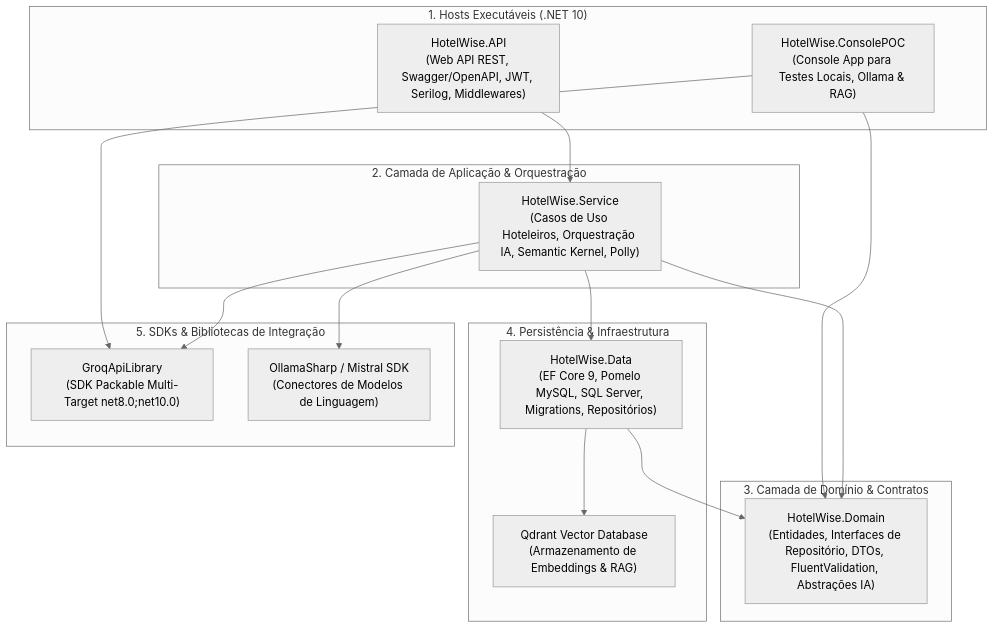
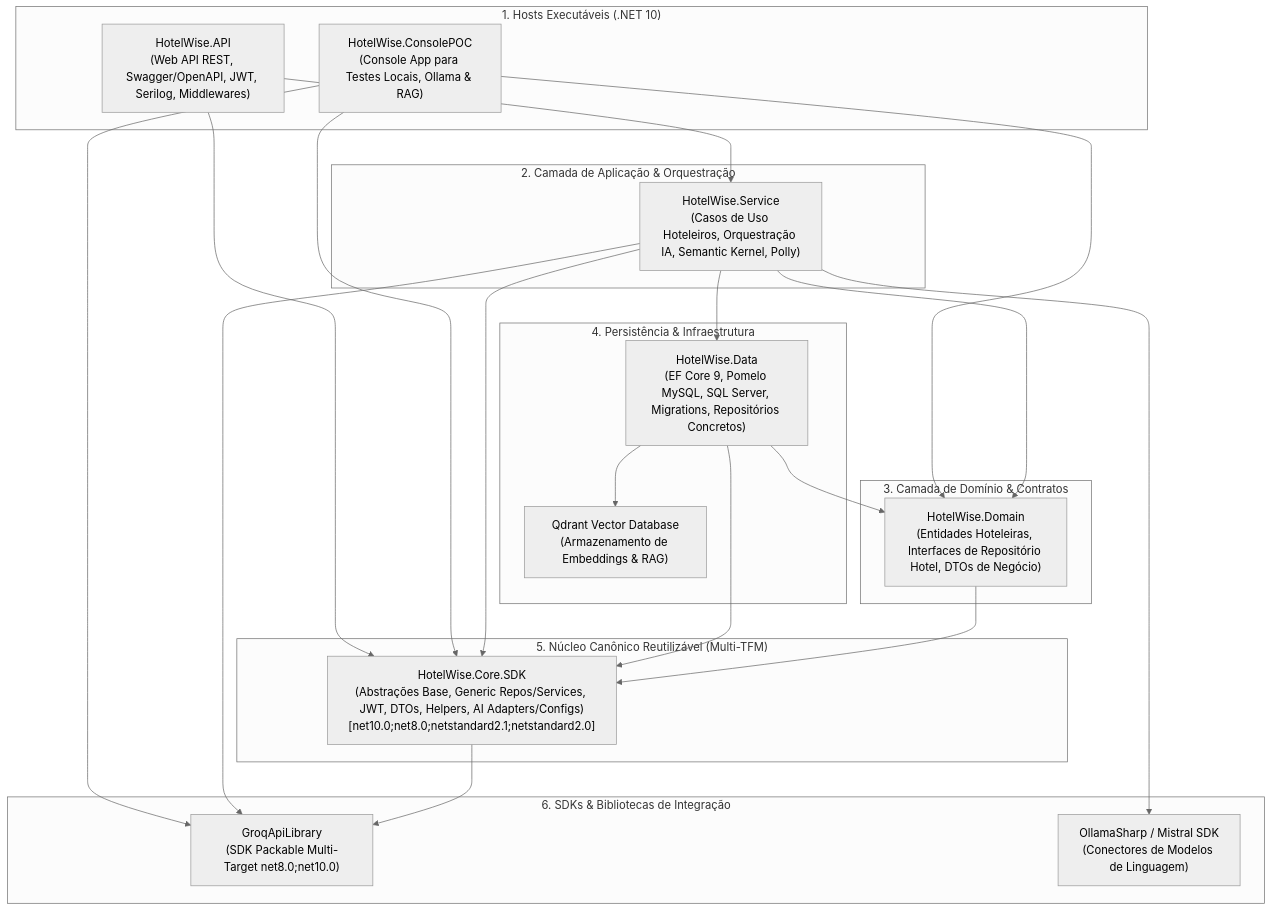
The diagram in DOCUMENTACAO/COVERAGE AND TEST/Diretrizes-CodeSmell-Backend-HotelWise.md (LeoneRocha/HotelWiseAPI), drawn with Mermaid (neutral theme) before and after one commit. The commit also changed other lines of this file and 4 other files, not shown here.

````diff
--- a/DOCUMENTACAO/COVERAGE AND TEST/Diretrizes-CodeSmell-Backend-HotelWise.md
+++ b/DOCUMENTACAO/COVERAGE AND TEST/Diretrizes-CodeSmell-Backend-HotelWise.md
@@ -16,35 +16,45 @@
 ```mermaid
 flowchart TD
     subgraph HostExecutavel["1. Hosts Executáveis (.NET 10)"]
         API["HotelWise.API\n(Web API REST, Swagger/OpenAPI, JWT, Serilog, Middlewares)"]
         ConsolePOC["HotelWise.ConsolePOC\n(Console App para Testes Locais, Ollama & RAG)"]
     end
 
     subgraph CamadaServico["2. Camada de Aplicação & Orquestração"]
         Service["HotelWise.Service\n(Casos de Uso Hoteleiros, Orquestração IA, Semantic Kernel, Polly)"]
     end
 
     subgraph CamadaDominio["3. Camada de Domínio & Contratos"]
-        Domain["HotelWise.Domain\n(Entidades, Interfaces de Repositório, DTOs, FluentValidation, Abstrações IA)"]
+        Domain["HotelWise.Domain\n(Entidades Hoteleiras, Interfaces de Repositório Hotel, DTOs de Negócio)"]
     end
 
     subgraph CamadaDados["4. Persistência & Infraestrutura"]
-        Data["HotelWise.Data\n(EF Core 9, Pomelo MySQL, SQL Server, Migrations, Repositórios)"]
+        Data["HotelWise.Data\n(EF Core 9, Pomelo MySQL, SQL Server, Migrations, Repositórios Concretos)"]
         QdrantStore["Qdrant Vector Database\n(Armazenamento de Embeddings & RAG)"]
     end
 
-    subgraph SDKsIntegracoes["5. SDKs & Bibliotecas de Integração"]
+    subgraph CoreTransversal["5. Núcleo Canônico Reutilizável (Multi-TFM)"]
+        CoreSDK["HotelWise.Core.SDK\n(Abstrações Base, Generic Repos/Services, JWT, DTOs, Helpers, AI Adapters/Configs)\n[net10.0;net8.0;netstandard2.1;netstandard2.0]"]
+    end
+
+    subgraph SDKsIntegracoes["6. SDKs & Bibliotecas de Integração"]
         GroqLib["GroqApiLibrary\n(SDK Packable Multi-Target net8.0;net10.0)"]
         OllamaConn["OllamaSharp / Mistral SDK\n(Conectores de Modelos de Linguagem)"]
     end
 
     API --> Service
+    API --> CoreSDK
     ConsolePOC --> Domain
+    ConsolePOC --> CoreSDK
     ConsolePOC --> GroqLib
     Service --> Domain
     Service --> Data
+    Service --> CoreSDK
     Service --> GroqLib
     Service --> OllamaConn
     Data --> Domain
+    Data --> CoreSDK
     Data --> QdrantStore
+    Domain --> CoreSDK
+    CoreSDK --> GroqLib
 ```
````
